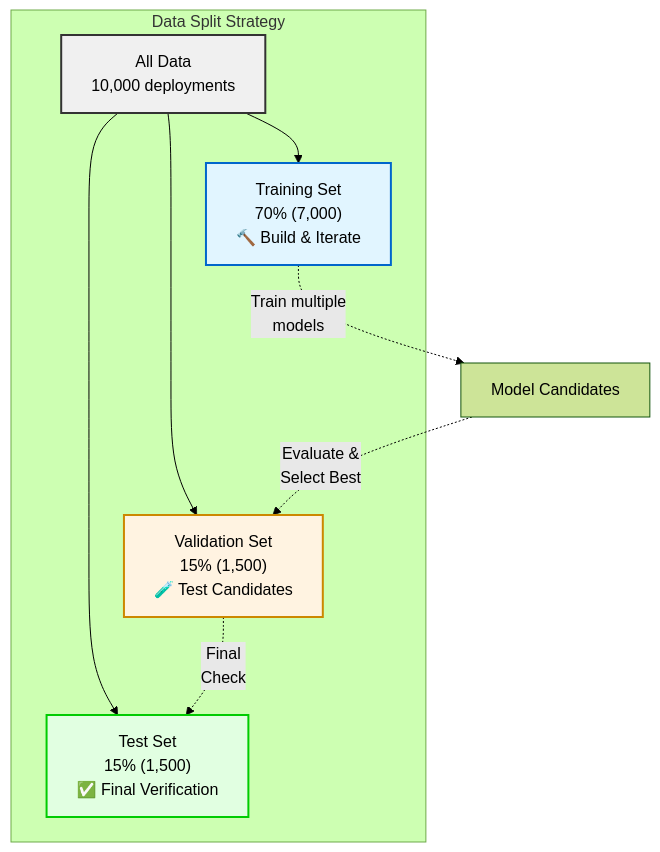
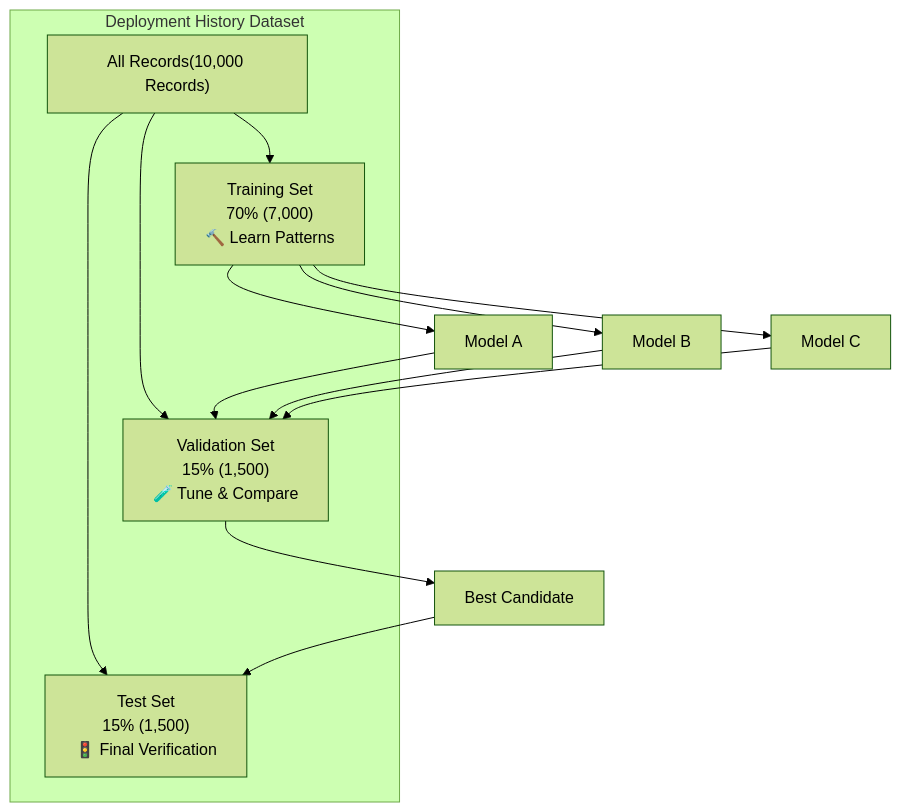
The fourth of 7 diagrams in _posts/series/journey-automation-to-ai/2026-01-11-series-2-chapter-2-3-training-vs-inference.md (ravijoshi1810/codifyme), drawn with Mermaid (forest theme) before and after one commit. The commit also changed other lines of this file and 25 other files, not shown here.

````diff
--- a/_posts/series/journey-automation-to-ai/2026-01-11-series-2-chapter-2-3-training-vs-inference.md
+++ b/_posts/series/journey-automation-to-ai/2026-01-11-series-2-chapter-2-3-training-vs-inference.md
@@ -203,22 +221,24 @@
 ```mermaid
 graph TB
-    subgraph DataSplit["Data Split Strategy"]
-        All["All Data<br/>10,000 deployments"]
-        Train["Training Set<br/>70% (7,000)<br/>🔨 Build & Iterate"]
-        Val["Validation Set<br/>15% (1,500)<br/>🧪 Test Candidates"]
-        Test["Test Set<br/>15% (1,500)<br/>✅ Final Verification"]
-    end
-    
-    All --> Train
-    All --> Val
-    All --> Test
-    
-    Train -.->|"Train multiple<br/>models"| Models["Model Candidates"]
-    Models -.->|"Evaluate &<br/>Select Best"| Val
-    Val -.->|"Final<br/>Check"| Test
-    
-    style All fill:#f0f0f0,stroke:#333,stroke-width:2px
-    style Train fill:#e1f5ff,stroke:#0066cc,stroke-width:2px
-    style Val fill:#fff3e1,stroke:#cc8800,stroke-width:2px
-    style Test fill:#e1ffe1,stroke:#00cc00,stroke-width:2px
+        subgraph DATA["Deployment History Dataset"]
+                All["All Records(10,000 Records)"]
+                Train["Training Set<br/>70% (7,000)<br/>🔨 Learn Patterns"]
+                Val["Validation Set<br/>15% (1,500)<br/>🧪 Tune & Compare"]
+                Test["Test Set<br/>15% (1,500)<br/>🚦 Final Verification"]
+        end
+
+        All --> Train
+        All --> Val
+        All --> Test
+
+        Train --> M1["Model A"]
+        Train --> M2["Model B"]
+        Train --> M3["Model C"]
+
+        M1 --> Val
+        M2 --> Val
+        M3 --> Val
+
+        Val --> Winner["Best Candidate"]
+        Winner --> Test
 ```
````
